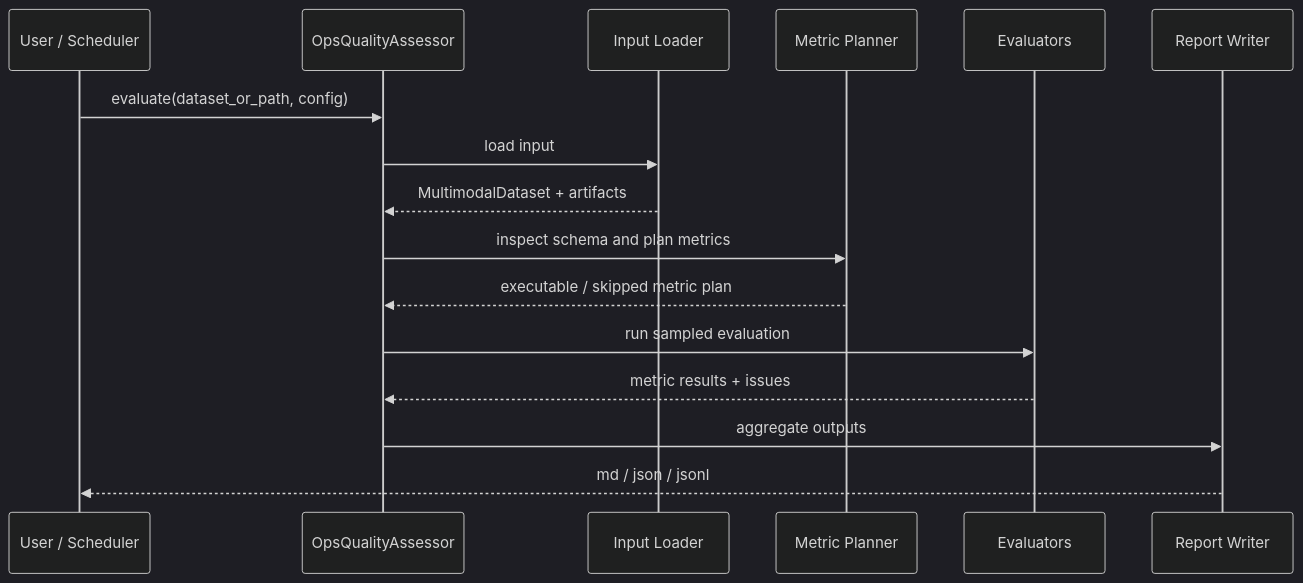
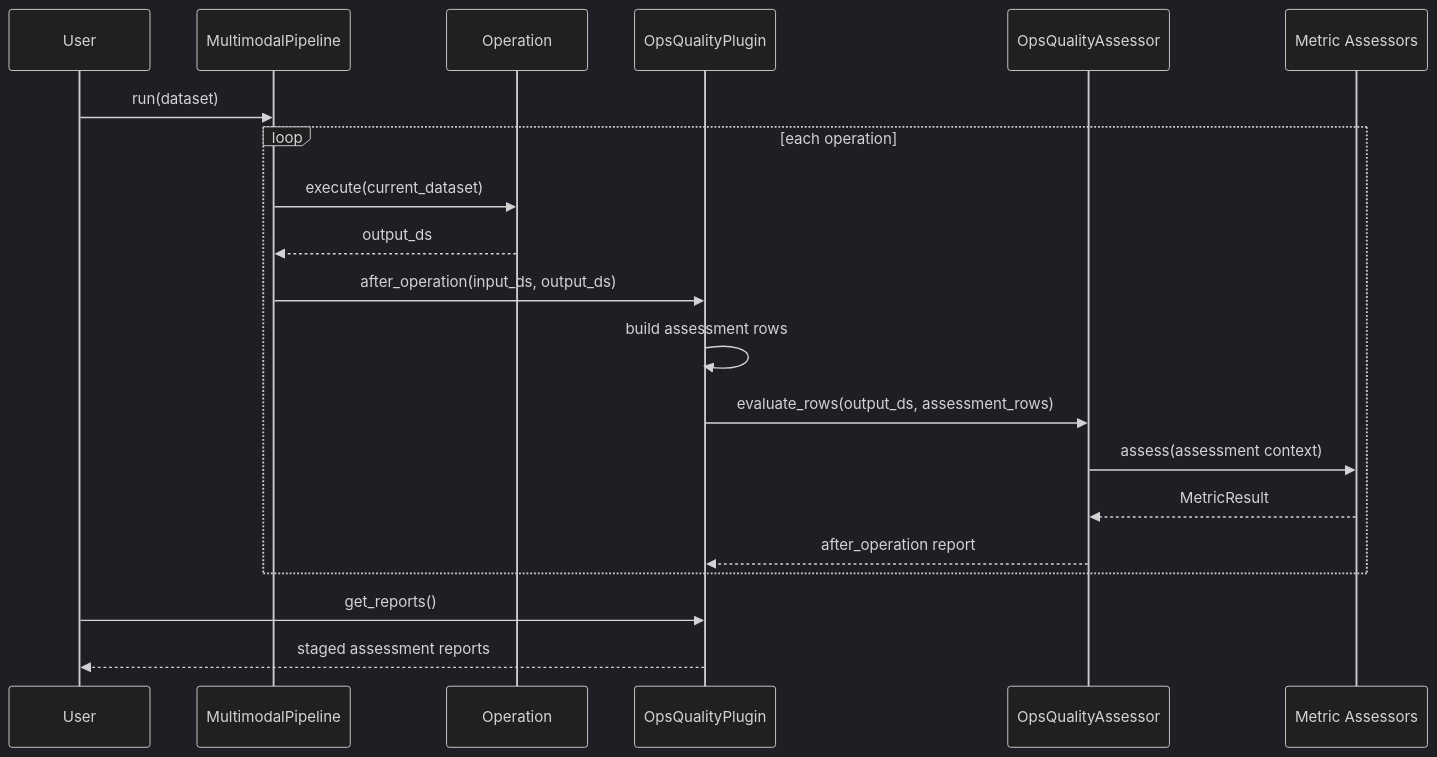
One commit to Wenwen555/ops-quality-assessment changed the diagram in docs/evaluation-flow.md. Above: the diagram before and after it, drawn with Mermaid (dark theme). The commit also changed other lines of this file and 11 other files, not shown here.

````diff
--- a/docs/evaluation-flow.md
+++ b/docs/evaluation-flow.md
@@ -40,19 +44,25 @@
 ```mermaid
 sequenceDiagram
-    participant User as User / Scheduler
+    participant User as User
+    participant Pipeline as MultimodalPipeline
+    participant Operation as Operation
+    participant Plugin as OpsQualityPlugin
     participant Assessor as OpsQualityAssessor
-    participant Loader as Input Loader
-    participant Planner as Metric Planner
-    participant Evaluators as Evaluators
-    participant Writer as Report Writer
+    participant Metric as Metric Assessors
 
-    User->>Assessor: evaluate(dataset_or_path, config)
-    Assessor->>Loader: load input
-    Loader-->>Assessor: MultimodalDataset + artifacts
-    Assessor->>Planner: inspect schema and plan metrics
-    Planner-->>Assessor: executable / skipped metric plan
-    Assessor->>Evaluators: run sampled evaluation
-    Evaluators-->>Assessor: metric results + issues
-    Assessor->>Writer: aggregate outputs
-    Writer-->>User: md / json / jsonl
+    User->>Pipeline: run(dataset)
+
+    loop each operation
+        Pipeline->>Operation: execute(current_dataset)
+        Operation-->>Pipeline: output_ds
+        Pipeline->>Plugin: after_operation(input_ds, output_ds)
+        Plugin->>Plugin: build assessment rows
+        Plugin->>Assessor: evaluate_rows(output_ds, assessment_rows)
+        Assessor->>Metric: assess(assessment context)
+        Metric-->>Assessor: MetricResult
+        Assessor-->>Plugin: after_operation report
+    end
+
+    User->>Plugin: get_reports()
+    Plugin-->>User: staged assessment reports
 ```
````
